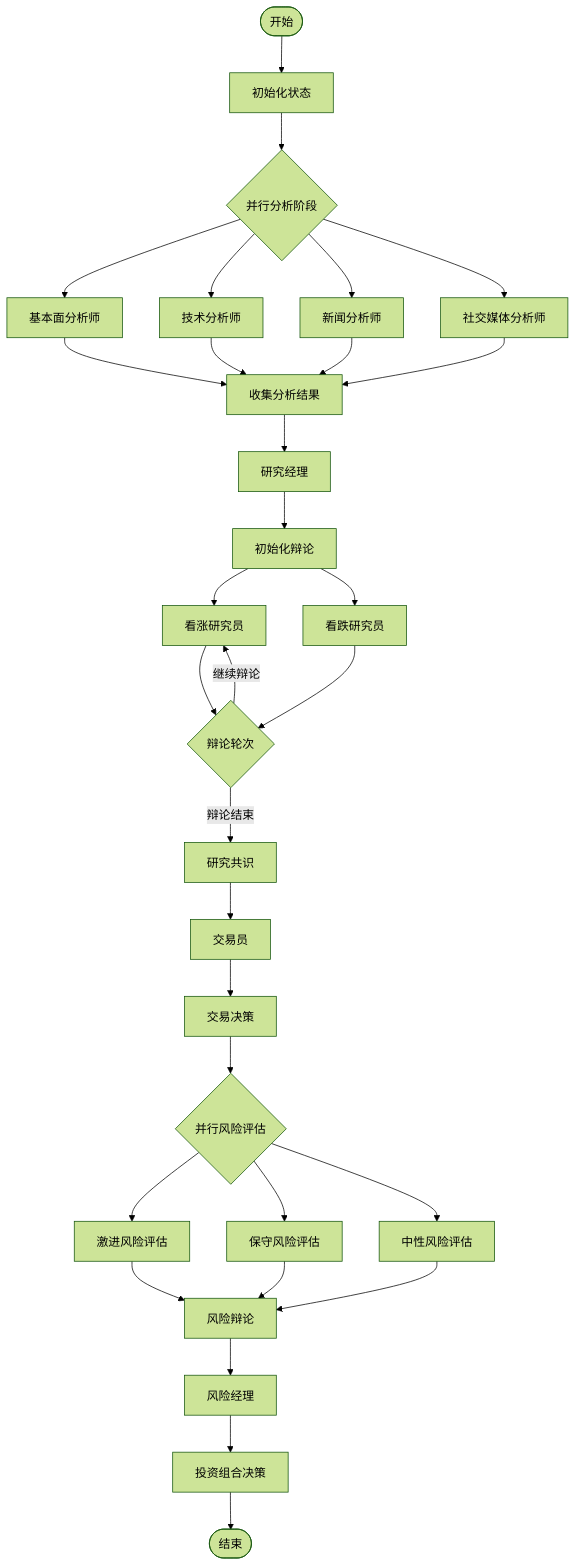
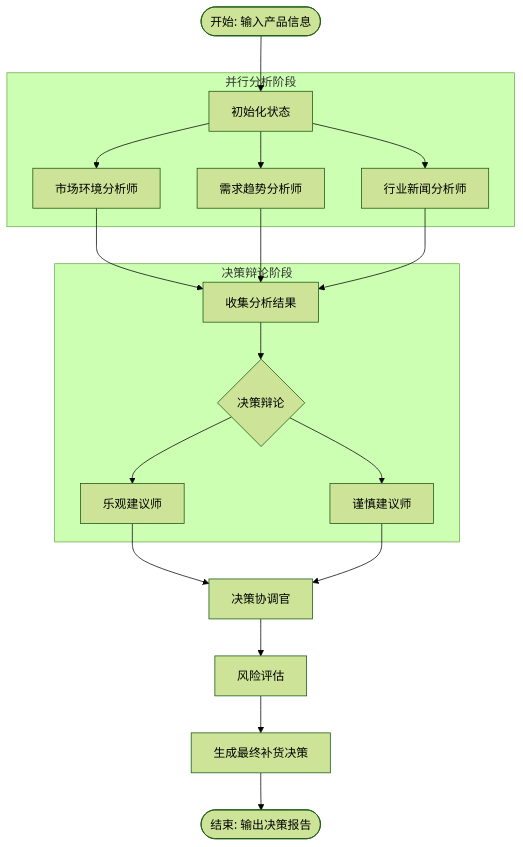
Before and after one commit to YUHAO-corn/manufacturing-agents: the diagram in docs/architecture/graph-structure.md, drawn with Mermaid (forest theme). The commit also changed other lines of this file and 3 other files, not shown here.

````diff
--- a/docs/architecture/graph-structure.md
+++ b/docs/architecture/graph-structure.md
@@ -11,45 +9,27 @@
 ```mermaid
 graph TD
-    START([开始]) --> INIT[初始化状态]
-    INIT --> PARALLEL_ANALYSIS{并行分析阶段}
+    START([开始: 输入产品信息]) --> INIT[初始化状态]
     
-    PARALLEL_ANALYSIS --> FA[基本面分析师]
-    PARALLEL_ANALYSIS --> TA[技术分析师]
-    PARALLEL_ANALYSIS --> NA[新闻分析师]
-    PARALLEL_ANALYSIS --> SA[社交媒体分析师]
+    subgraph "并行分析阶段"
+        INIT --> MEA[市场环境分析师]
+        INIT --> TPA[需求趋势分析师]
+        INIT --> INA[行业新闻分析师]
+    end
     
-    FA --> COLLECT_ANALYSIS[收集分析结果]
-    TA --> COLLECT_ANALYSIS
-    NA --> COLLECT_ANALYSIS
-    SA --> COLLECT_ANALYSIS
+    MEA --> COLLECT[收集分析结果]
+    TPA --> COLLECT
+    INA --> COLLECT
     
-    COLLECT_ANALYSIS --> RESEARCH_MANAGER[研究经理]
-    RESEARCH_MANAGER --> DEBATE_INIT[初始化辩论]
+    subgraph "决策辩论阶段"
+        COLLECT --> DEBATE{决策辩论}
+        DEBATE --> OPT[乐观建议师]
+        DEBATE --> CAU[谨慎建议师]
+    end
     
-    DEBATE_INIT --> BULL_RESEARCHER[看涨研究员]
-    DEBATE_INIT --> BEAR_RESEARCHER[看跌研究员]
+    OPT --> COORD[决策协调官]
+    CAU --> COORD[决策协调官]
     
-    BULL_RESEARCHER --> DEBATE_ROUND{辩论轮次}
-    BEAR_RESEARCHER --> DEBATE_ROUND
-    
-    DEBATE_ROUND -->|继续辩论| BULL_RESEARCHER
-    DEBATE_ROUND -->|辩论结束| RESEARCH_CONSENSUS[研究共识]
-    
-    RESEARCH_CONSENSUS --> TRADER[交易员]
-    TRADER --> TRADING_DECISION[交易决策]
-    
-    TRADING_DECISION --> RISK_PARALLEL{并行风险评估}
-    
-    RISK_PARALLEL --> AGGRESSIVE_RISK[激进风险评估]
-    RISK_PARALLEL --> CONSERVATIVE_RISK[保守风险评估]
-    RISK_PARALLEL --> NEUTRAL_RISK[中性风险评估]
-    
-    AGGRESSIVE_RISK --> RISK_DEBATE[风险辩论]
-    CONSERVATIVE_RISK --> RISK_DEBATE
-    NEUTRAL_RISK --> RISK_DEBATE
-    
-    RISK_DEBATE --> RISK_MANAGER[风险经理]
-    RISK_MANAGER --> PORTFOLIO_DECISION[投资组合决策]
-    
-    PORTFOLIO_DECISION --> END([结束])
+    COORD --> RISK[风险评估]
+    RISK --> FINAL_DECISION[生成最终补货决策]
+    FINAL_DECISION --> END([结束: 输出决策报告])
 ```
````
